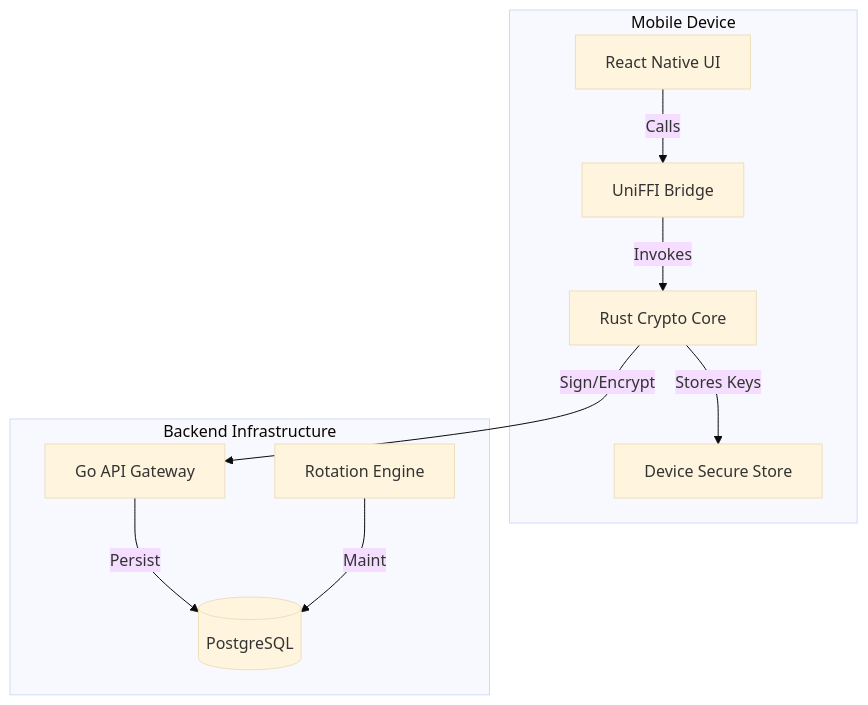
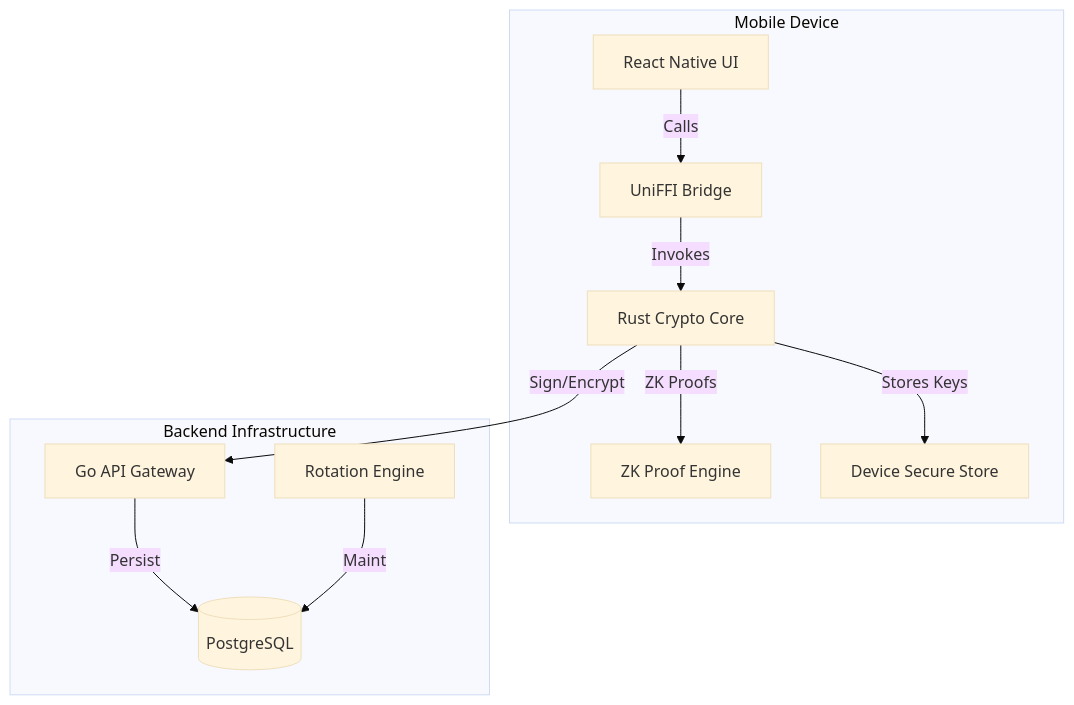
The diagram in README.md (sauravsvt/OmniAuth), drawn with Mermaid (base theme) before and after one commit. The commit also changed other lines of this file and 14 other files, not shown here.

````diff
--- a/README.md
+++ b/README.md
@@ -40,22 +48,24 @@
 ```mermaid
 graph TD
-    subgraph Mobile Device
+    subgraph MobileDevice [Mobile Device]
         UI[React Native UI]
         Bridge[UniFFI Bridge]
         RustCore[Rust Crypto Core]
+        ZKEngine[ZK Proof Engine]
         SecureStore[Device Secure Store]
     end
 
-    subgraph Backend Infrastructure
+    subgraph BackendInfra [Backend Infrastructure]
         API[Go API Gateway]
         DB[(PostgreSQL)]
         Worker[Rotation Engine]
     end
 
     UI -->|Calls| Bridge
     Bridge -->|Invokes| RustCore
+    RustCore -->|ZK Proofs| ZKEngine
     RustCore -->|Stores Keys| SecureStore
     RustCore -->|Sign/Encrypt| API
     API -->|Persist| DB
     Worker -->|Maint| DB
 ```
````
